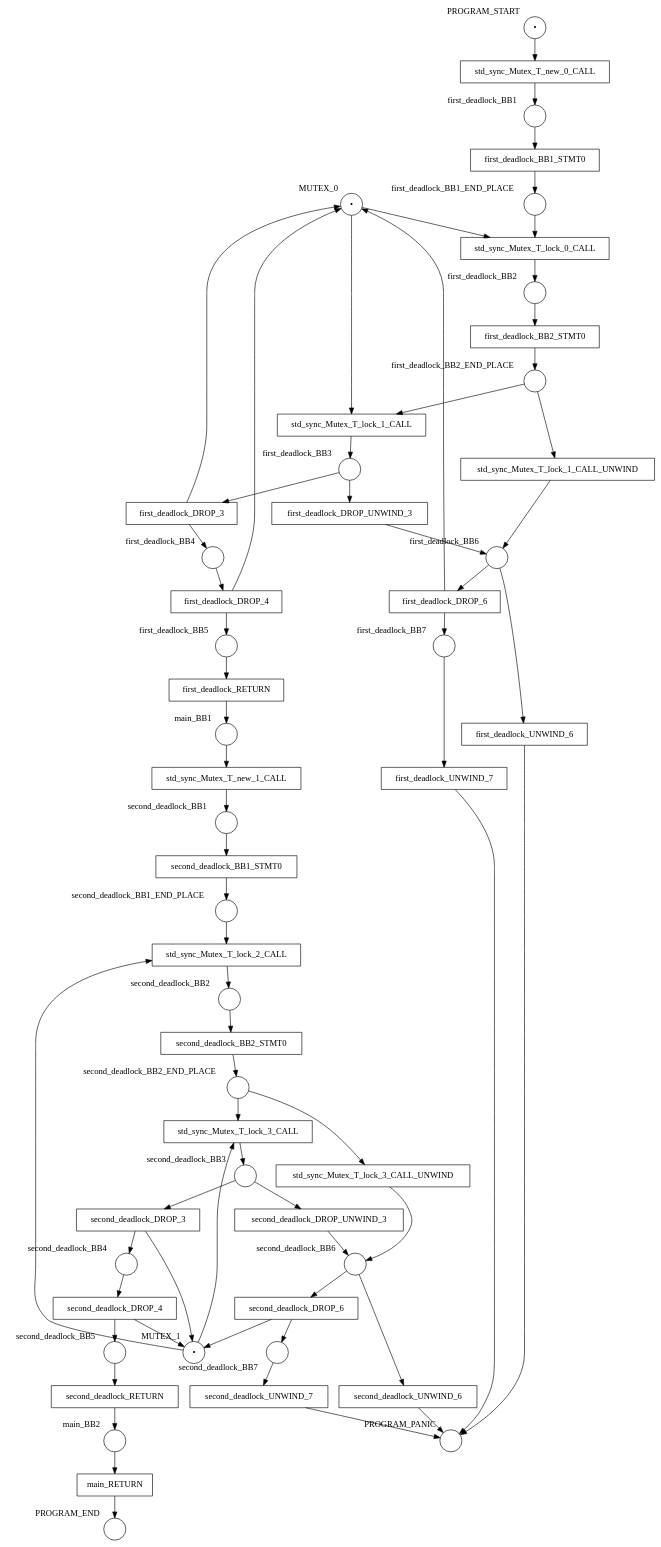
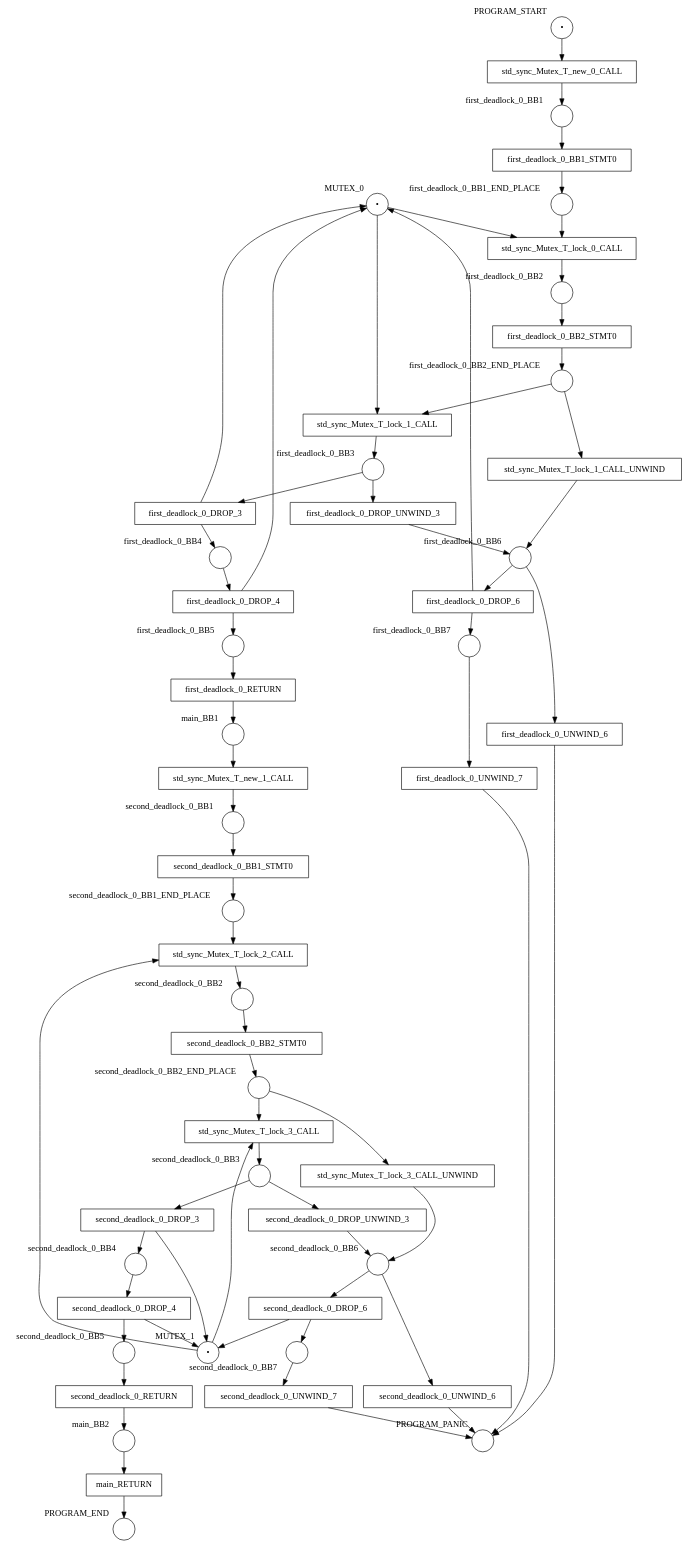
The diagram in examples/results/mutex/double_lock_deadlock_in_function/net.dot (hlisdero/cargo-check-deadlock), drawn with Graphviz before and after one commit. The commit also changed 10 other files, not shown here.

```diff
--- a/examples/results/mutex/double_lock_deadlock_in_function/net.dot
+++ b/examples/results/mutex/double_lock_deadlock_in_function/net.dot
@@ -4,45 +4,45 @@
     PROGRAM_END [shape="circle" xlabel="PROGRAM_END" label=""];
     PROGRAM_PANIC [shape="circle" xlabel="PROGRAM_PANIC" label=""];
     PROGRAM_START [shape="circle" xlabel="PROGRAM_START" label="•"];
-    first_deadlock_BB1 [shape="circle" xlabel="first_deadlock_BB1" label=""];
-    first_deadlock_BB1_END_PLACE [shape="circle" xlabel="first_deadlock_BB1_END_PLACE" label=""];
-    first_deadlock_BB2 [shape="circle" xlabel="first_deadlock_BB2" label=""];
-    first_deadlock_BB2_END_PLACE [shape="circle" xlabel="first_deadlock_BB2_END_PLACE" label=""];
-    first_deadlock_BB3 [shape="circle" xlabel="first_deadlock_BB3" label=""];
-    first_deadlock_BB4 [shape="circle" xlabel="first_deadlock_BB4" label=""];
-    first_deadlock_BB5 [shape="circle" xlabel="first_deadlock_BB5" label=""];
-    first_deadlock_BB6 [shape="circle" xlabel="first_deadlock_BB6" label=""];
-    first_deadlock_BB7 [shape="circle" xlabel="first_deadlock_BB7" label=""];
+    first_deadlock_0_BB1 [shape="circle" xlabel="first_deadlock_0_BB1" label=""];
+    first_deadlock_0_BB1_END_PLACE [shape="circle" xlabel="first_deadlock_0_BB1_END_PLACE" label=""];
+    first_deadlock_0_BB2 [shape="circle" xlabel="first_deadlock_0_BB2" label=""];
+    first_deadlock_0_BB2_END_PLACE [shape="circle" xlabel="first_deadlock_0_BB2_END_PLACE" label=""];
+    first_deadlock_0_BB3 [shape="circle" xlabel="first_deadlock_0_BB3" label=""];
+    first_deadlock_0_BB4 [shape="circle" xlabel="first_deadlock_0_BB4" label=""];
+    first_deadlock_0_BB5 [shape="circle" xlabel="first_deadlock_0_BB5" label=""];
+    first_deadlock_0_BB6 [shape="circle" xlabel="first_deadlock_0_BB6" label=""];
+    first_deadlock_0_BB7 [shape="circle" xlabel="first_deadlock_0_BB7" label=""];
     main_BB1 [shape="circle" xlabel="main_BB1" label=""];
     main_BB2 [shape="circle" xlabel="main_BB2" label=""];
-    second_deadlock_BB1 [shape="circle" xlabel="second_deadlock_BB1" label=""];
-    second_deadlock_BB1_END_PLACE [shape="circle" xlabel="second_deadlock_BB1_END_PLACE" label=""];
-    second_deadlock_BB2 [shape="circle" xlabel="second_deadlock_BB2" label=""];
-    second_deadlock_BB2_END_PLACE [shape="circle" xlabel="second_deadlock_BB2_END_PLACE" label=""];
-    second_deadlock_BB3 [shape="circle" xlabel="second_deadlock_BB3" label=""];
-    second_deadlock_BB4 [shape="circle" xlabel="second_deadlock_BB4" label=""];
-    second_deadlock_BB5 [shape="circle" xlabel="second_deadlock_BB5" label=""];
-    second_deadlock_BB6 [shape="circle" xlabel="second_deadlock_BB6" label=""];
-    second_deadlock_BB7 [shape="circle" xlabel="second_deadlock_BB7" label=""];
-    first_deadlock_BB1_STMT0 [shape="box" xlabel="" label="first_deadlock_BB1_STMT0"];
-    first_deadlock_BB2_STMT0 [shape="box" xlabel="" label="first_deadlock_BB2_STMT0"];
-    first_deadlock_DROP_3 [shape="box" xlabel="" label="first_deadlock_DROP_3"];
-    first_deadlock_DROP_4 [shape="box" xlabel="" label="first_deadlock_DROP_4"];
-    first_deadlock_DROP_6 [shape="box" xlabel="" label="first_deadlock_DROP_6"];
-    first_deadlock_DROP_UNWIND_3 [shape="box" xlabel="" label="first_deadlock_DROP_UNWIND_3"];
-    first_deadlock_RETURN [shape="box" xlabel="" label="first_deadlock_RETURN"];
-    first_deadlock_UNWIND_6 [shape="box" xlabel="" label="first_deadlock_UNWIND_6"];
-    first_deadlock_UNWIND_7 [shape="box" xlabel="" label="first_deadlock_UNWIND_7"];
+    second_deadlock_0_BB1 [shape="circle" xlabel="second_deadlock_0_BB1" label=""];
+    second_deadlock_0_BB1_END_PLACE [shape="circle" xlabel="second_deadlock_0_BB1_END_PLACE" label=""];
+    second_deadlock_0_BB2 [shape="circle" xlabel="second_deadlock_0_BB2" label=""];
+    second_deadlock_0_BB2_END_PLACE [shape="circle" xlabel="second_deadlock_0_BB2_END_PLACE" label=""];
+    second_deadlock_0_BB3 [shape="circle" xlabel="second_deadlock_0_BB3" label=""];
+    second_deadlock_0_BB4 [shape="circle" xlabel="second_deadlock_0_BB4" label=""];
+    second_deadlock_0_BB5 [shape="circle" xlabel="second_deadlock_0_BB5" label=""];
+    second_deadlock_0_BB6 [shape="circle" xlabel="second_deadlock_0_BB6" label=""];
+    second_deadlock_0_BB7 [shape="circle" xlabel="second_deadlock_0_BB7" label=""];
+    first_deadlock_0_BB1_STMT0 [shape="box" xlabel="" label="first_deadlock_0_BB1_STMT0"];
+    first_deadlock_0_BB2_STMT0 [shape="box" xlabel="" label="first_deadlock_0_BB2_STMT0"];
+    first_deadlock_0_DROP_3 [shape="box" xlabel="" label="first_deadlock_0_DROP_3"];
+    first_deadlock_0_DROP_4 [shape="box" xlabel="" label="first_deadlock_0_DROP_4"];
+    first_deadlock_0_DROP_6 [shape="box" xlabel="" label="first_deadlock_0_DROP_6"];
+    first_deadlock_0_DROP_UNWIND_3 [shape="box" xlabel="" label="first_deadlock_0_DROP_UNWIND_3"];
+    first_deadlock_0_RETURN [shape="box" xlabel="" label="first_deadlock_0_RETURN"];
+    first_deadlock_0_UNWIND_6 [shape="box" xlabel="" label="first_deadlock_0_UNWIND_6"];
+    first_deadlock_0_UNWIND_7 [shape="box" xlabel="" label="first_deadlock_0_UNWIND_7"];
     main_RETURN [shape="box" xlabel="" label="main_RETURN"];
-    second_deadlock_BB1_STMT0 [shape="box" xlabel="" label="second_deadlock_BB1_STMT0"];
-    second_deadlock_BB2_STMT0 [shape="box" xlabel="" label="second_deadlock_BB2_STMT0"];
-    second_deadlock_DROP_3 [shape="box" xlabel="" label="second_deadlock_DROP_3"];
-    second_deadlock_DROP_4 [shape="box" xlabel="" label="second_deadlock_DROP_4"];
-    second_deadlock_DROP_6 [shape="box" xlabel="" label="second_deadlock_DROP_6"];
-    second_deadlock_DROP_UNWIND_3 [shape="box" xlabel="" label="second_deadlock_DROP_UNWIND_3"];
-    second_deadlock_RETURN [shape="box" xlabel="" label="second_deadlock_RETURN"];
-    second_deadlock_UNWIND_6 [shape="box" xlabel="" label="second_deadlock_UNWIND_6"];
-    second_deadlock_UNWIND_7 [shape="box" xlabel="" label="second_deadlock_UNWIND_7"];
+    second_deadlock_0_BB1_STMT0 [shape="box" xlabel="" label="second_deadlock_0_BB1_STMT0"];
+    second_deadlock_0_BB2_STMT0 [shape="box" xlabel="" label="second_deadlock_0_BB2_STMT0"];
+    second_deadlock_0_DROP_3 [shape="box" xlabel="" label="second_deadlock_0_DROP_3"];
+    second_deadlock_0_DROP_4 [shape="box" xlabel="" label="second_deadlock_0_DROP_4"];
+    second_deadlock_0_DROP_6 [shape="box" xlabel="" label="second_deadlock_0_DROP_6"];
+    second_deadlock_0_DROP_UNWIND_3 [shape="box" xlabel="" label="second_deadlock_0_DROP_UNWIND_3"];
+    second_deadlock_0_RETURN [shape="box" xlabel="" label="second_deadlock_0_RETURN"];
+    second_deadlock_0_UNWIND_6 [shape="box" xlabel="" label="second_deadlock_0_UNWIND_6"];
+    second_deadlock_0_UNWIND_7 [shape="box" xlabel="" label="second_deadlock_0_UNWIND_7"];
     std_sync_Mutex_T_lock_0_CALL [shape="box" xlabel="" label="std_sync_Mutex_T_lock_0_CALL"];
     std_sync_Mutex_T_lock_1_CALL [shape="box" xlabel="" label="std_sync_Mutex_T_lock_1_CALL"];
     std_sync_Mutex_T_lock_1_CALL_UNWIND [shape="box" xlabel="" label="std_sync_Mutex_T_lock_1_CALL_UNWIND"];
@@ -56,63 +56,63 @@
     MUTEX_1 -> std_sync_Mutex_T_lock_2_CALL;
     MUTEX_1 -> std_sync_Mutex_T_lock_3_CALL;
     PROGRAM_START -> std_sync_Mutex_T_new_0_CALL;
-    first_deadlock_BB1 -> first_deadlock_BB1_STMT0;
-    first_deadlock_BB1_END_PLACE -> std_sync_Mutex_T_lock_0_CALL;
-    first_deadlock_BB2 -> first_deadlock_BB2_STMT0;
-    first_deadlock_BB2_END_PLACE -> std_sync_Mutex_T_lock_1_CALL;
-    first_deadlock_BB2_END_PLACE -> std_sync_Mutex_T_lock_1_CALL_UNWIND;
-    first_deadlock_BB3 -> first_deadlock_DROP_3;
-    first_deadlock_BB3 -> first_deadlock_DROP_UNWIND_3;
-    first_deadlock_BB4 -> first_deadlock_DROP_4;
-    first_deadlock_BB5 -> first_deadlock_RETURN;
-    first_deadlock_BB6 -> first_deadlock_DROP_6;
-    first_deadlock_BB6 -> first_deadlock_UNWIND_6;
-    first_deadlock_BB7 -> first_deadlock_UNWIND_7;
+    first_deadlock_0_BB1 -> first_deadlock_0_BB1_STMT0;
+    first_deadlock_0_BB1_END_PLACE -> std_sync_Mutex_T_lock_0_CALL;
+    first_deadlock_0_BB2 -> first_deadlock_0_BB2_STMT0;
+    first_deadlock_0_BB2_END_PLACE -> std_sync_Mutex_T_lock_1_CALL;
+    first_deadlock_0_BB2_END_PLACE -> std_sync_Mutex_T_lock_1_CALL_UNWIND;
+    first_deadlock_0_BB3 -> first_deadlock_0_DROP_3;
+    first_deadlock_0_BB3 -> first_deadlock_0_DROP_UNWIND_3;
+    first_deadlock_0_BB4 -> first_deadlock_0_DROP_4;
+    first_deadlock_0_BB5 -> first_deadlock_0_RETURN;
+    first_deadlock_0_BB6 -> first_deadlock_0_DROP_6;
+    first_deadlock_0_BB6 -> first_deadlock_0_UNWIND_6;
+    first_deadlock_0_BB7 -> first_deadlock_0_UNWIND_7;
     main_BB1 -> std_sync_Mutex_T_new_1_CALL;
     main_BB2 -> main_RETURN;
-    second_deadlock_BB1 -> second_deadlock_BB1_STMT0;
-    second_deadlock_BB1_END_PLACE -> std_sync_Mutex_T_lock_2_CALL;
-    second_deadlock_BB2 -> second_deadlock_BB2_STMT0;
-    second_deadlock_BB2_END_PLACE -> std_sync_Mutex_T_lock_3_CALL;
-    second_deadlock_BB2_END_PLACE -> std_sync_Mutex_T_lock_3_CALL_UNWIND;
-    second_deadlock_BB3 -> second_deadlock_DROP_3;
-    second_deadlock_BB3 -> second_deadlock_DROP_UNWIND_3;
-    second_deadlock_BB4 -> second_deadlock_DROP_4;
-    second_deadlock_BB5 -> second_deadlock_RETURN;
-    second_deadlock_BB6 -> second_deadlock_DROP_6;
-    second_deadlock_BB6 -> second_deadlock_UNWIND_6;
-    second_deadlock_BB7 -> second_deadlock_UNWIND_7;
-    first_deadlock_BB1_STMT0 -> first_deadlock_BB1_END_PLACE;
-    first_deadlock_BB2_STMT0 -> first_deadlock_BB2_END_PLACE;
-    first_deadlock_DROP_3 -> MUTEX_0;
-    first_deadlock_DROP_3 -> first_deadlock_BB4;
-    first_deadlock_DROP_4 -> MUTEX_0;
-    first_deadlock_DROP_4 -> first_deadlock_BB5;
-    first_deadlock_DROP_6 -> MUTEX_0;
-    first_deadlock_DROP_6 -> first_deadlock_BB7;
-    first_deadlock_DROP_UNWIND_3 -> first_deadlock_BB6;
-    first_deadlock_RETURN -> main_BB1;
-    first_deadlock_UNWIND_6 -> PROGRAM_PANIC;
-    first_deadlock_UNWIND_7 -> PROGRAM_PANIC;
+    second_deadlock_0_BB1 -> second_deadlock_0_BB1_STMT0;
+    second_deadlock_0_BB1_END_PLACE -> std_sync_Mutex_T_lock_2_CALL;
+    second_deadlock_0_BB2 -> second_deadlock_0_BB2_STMT0;
+    second_deadlock_0_BB2_END_PLACE -> std_sync_Mutex_T_lock_3_CALL;
+    second_deadlock_0_BB2_END_PLACE -> std_sync_Mutex_T_lock_3_CALL_UNWIND;
+    second_deadlock_0_BB3 -> second_deadlock_0_DROP_3;
+    second_deadlock_0_BB3 -> second_deadlock_0_DROP_UNWIND_3;
+    second_deadlock_0_BB4 -> second_deadlock_0_DROP_4;
+    second_deadlock_0_BB5 -> second_deadlock_0_RETURN;
+    second_deadlock_0_BB6 -> second_deadlock_0_DROP_6;
+    second_deadlock_0_BB6 -> second_deadlock_0_UNWIND_6;
+    second_deadlock_0_BB7 -> second_deadlock_0_UNWIND_7;
+    first_deadlock_0_BB1_STMT0 -> first_deadlock_0_BB1_END_PLACE;
+    first_deadlock_0_BB2_STMT0 -> first_deadlock_0_BB2_END_PLACE;
+    first_deadlock_0_DROP_3 -> MUTEX_0;
+    first_deadlock_0_DROP_3 -> first_deadlock_0_BB4;
+    first_deadlock_0_DROP_4 -> MUTEX_0;
+    first_deadlock_0_DROP_4 -> first_deadlock_0_BB5;
+    first_deadlock_0_DROP_6 -> MUTEX_0;
+    first_deadlock_0_DROP_6 -> first_deadlock_0_BB7;
+    first_deadlock_0_DROP_UNWIND_3 -> first_deadlock_0_BB6;
+    first_deadlock_0_RETURN -> main_BB1;
+    first_deadlock_0_UNWIND_6 -> PROGRAM_PANIC;
+    first_deadlock_0_UNWIND_7 -> PROGRAM_PANIC;
     main_RETURN -> PROGRAM_END;
-    second_deadlock_BB1_STMT0 -> second_deadlock_BB1_END_PLACE;
-    second_deadlock_BB2_STMT0 -> second_deadlock_BB2_END_PLACE;
-    second_deadlock_DROP_3 -> MUTEX_1;
-    second_deadlock_DROP_3 -> second_deadlock_BB4;
-    second_deadlock_DROP_4 -> MUTEX_1;
-    second_deadlock_DROP_4 -> second_deadlock_BB5;
-    second_deadlock_DROP_6 -> MUTEX_1;
-    second_deadlock_DROP_6 -> second_deadlock_BB7;
-    second_deadlock_DROP_UNWIND_3 -> second_deadlock_BB6;
-    second_deadlock_RETURN -> main_BB2;
-    second_deadlock_UNWIND_6 -> PROGRAM_PANIC;
-    second_deadlock_UNWIND_7 -> PROGRAM_PANIC;
-    std_sync_Mutex_T_lock_0_CALL -> first_deadlock_BB2;
-    std_sync_Mutex_T_lock_1_CALL -> first_deadlock_BB3;
-    std_sync_Mutex_T_lock_1_CALL_UNWIND -> first_deadlock_BB6;
-    std_sync_Mutex_T_lock_2_CALL -> second_deadlock_BB2;
-    std_sync_Mutex_T_lock_3_CALL -> second_deadlock_BB3;
-    std_sync_Mutex_T_lock_3_CALL_UNWIND -> second_deadlock_BB6;
-    std_sync_Mutex_T_new_0_CALL -> first_deadlock_BB1;
-    std_sync_Mutex_T_new_1_CALL -> second_deadlock_BB1;
+    second_deadlock_0_BB1_STMT0 -> second_deadlock_0_BB1_END_PLACE;
+    second_deadlock_0_BB2_STMT0 -> second_deadlock_0_BB2_END_PLACE;
+    second_deadlock_0_DROP_3 -> MUTEX_1;
+    second_deadlock_0_DROP_3 -> second_deadlock_0_BB4;
+    second_deadlock_0_DROP_4 -> MUTEX_1;
+    second_deadlock_0_DROP_4 -> second_deadlock_0_BB5;
+    second_deadlock_0_DROP_6 -> MUTEX_1;
+    second_deadlock_0_DROP_6 -> second_deadlock_0_BB7;
+    second_deadlock_0_DROP_UNWIND_3 -> second_deadlock_0_BB6;
+    second_deadlock_0_RETURN -> main_BB2;
+    second_deadlock_0_UNWIND_6 -> PROGRAM_PANIC;
+    second_deadlock_0_UNWIND_7 -> PROGRAM_PANIC;
+    std_sync_Mutex_T_lock_0_CALL -> first_deadlock_0_BB2;
+    std_sync_Mutex_T_lock_1_CALL -> first_deadlock_0_BB3;
+    std_sync_Mutex_T_lock_1_CALL_UNWIND -> first_deadlock_0_BB6;
+    std_sync_Mutex_T_lock_2_CALL -> second_deadlock_0_BB2;
+    std_sync_Mutex_T_lock_3_CALL -> second_deadlock_0_BB3;
+    std_sync_Mutex_T_lock_3_CALL_UNWIND -> second_deadlock_0_BB6;
+    std_sync_Mutex_T_new_0_CALL -> first_deadlock_0_BB1;
+    std_sync_Mutex_T_new_1_CALL -> second_deadlock_0_BB1;
 }
```
